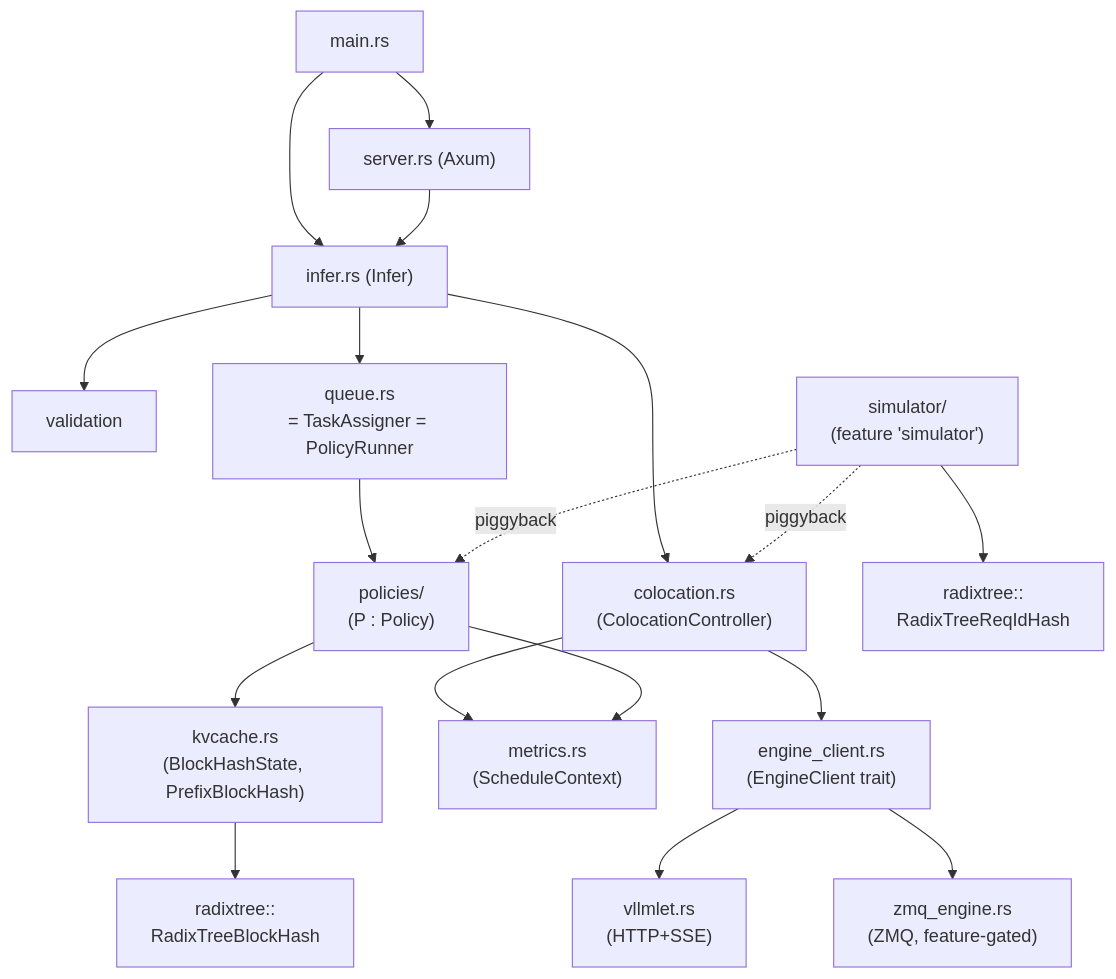
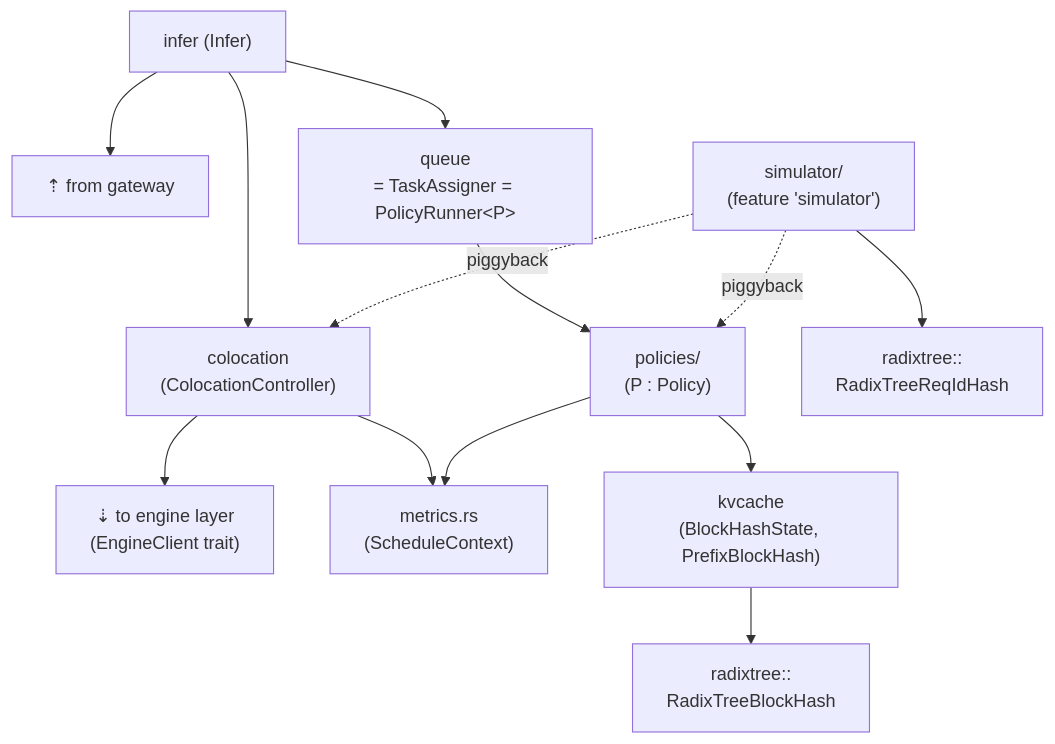
One commit to blitz-serving/blitz-router changed the fourth of 9 diagrams in docs/architecture.md. Above: the diagram before and after it, drawn with Mermaid. The commit also changed other lines of this file and 2 other files, not shown here.

````diff
--- a/docs/architecture.md
+++ b/docs/architecture.md
@@ -101,20 +183,15 @@
 ```mermaid
 graph TD
-    main["main.rs"] --> infer
-    main --> server
-    server["server.rs (Axum)"] --> infer
-    infer["infer.rs (Infer)"] --> validation
-    infer --> queue["queue.rs<br/>= TaskAssigner = PolicyRunner<P>"]
-    infer --> coloc["colocation.rs<br/>(ColocationController)"]
+    infer["infer (Infer)"] --> validation_in["⇡ from gateway"]
+    infer --> queue["queue<br/>= TaskAssigner = PolicyRunner&lt;P&gt;"]
+    infer --> coloc["colocation<br/>(ColocationController)"]
     queue --> policies["policies/<br/>(P : Policy)"]
-    coloc --> ec["engine_client.rs<br/>(EngineClient trait)"]
-    ec --> vllmlet["vllmlet.rs<br/>(HTTP+SSE)"]
-    ec --> zmq["zmq_engine.rs<br/>(ZMQ, feature-gated)"]
+    coloc --> ec["⇣ to engine layer<br/>(EngineClient trait)"]
     coloc --> sctx["metrics.rs<br/>(ScheduleContext)"]
     policies --> sctx
-    policies --> kv["kvcache.rs<br/>(BlockHashState, PrefixBlockHash)"]
+    policies --> kv["kvcache<br/>(BlockHashState, PrefixBlockHash)"]
     kv --> rt["radixtree::<br/>RadixTreeBlockHash"]
     sim["simulator/<br/>(feature 'simulator')"] -. piggyback .-> coloc
     sim -. piggyback .-> policies
     sim --> rt2["radixtree::<br/>RadixTreeReqIdHash"]
 ```
````
